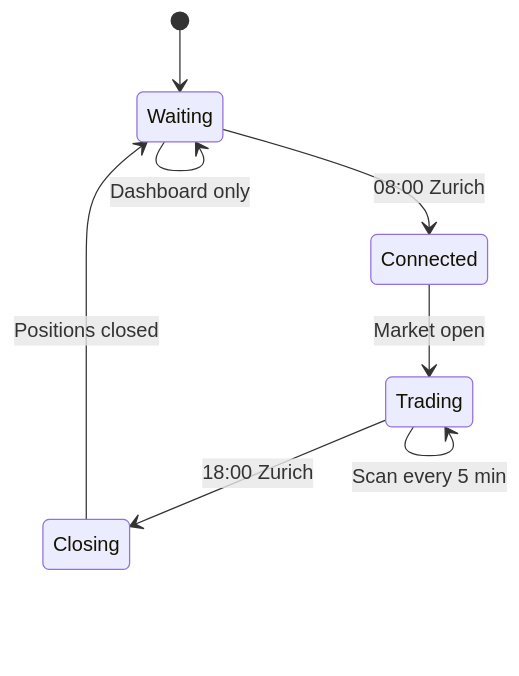
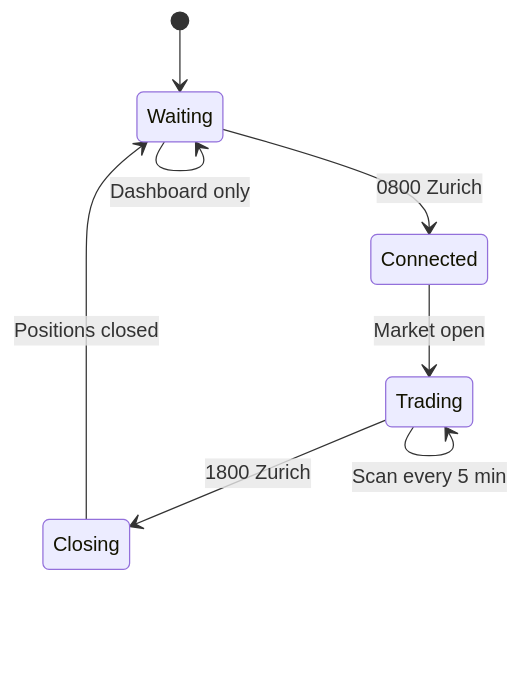
Before and after one commit to grodcas/tradebot: the third of 3 diagrams in docs/STRUCTURE.md, drawn with Mermaid. The commit also changed 1 other file, not shown here.

Commit message:
Fix state diagram colons in time labels (08:00 -> 0800)
Mermaid v11.12.2 treats : in state transition labels as a
second separator, breaking the parser.

````diff
--- a/docs/STRUCTURE.md
+++ b/docs/STRUCTURE.md
@@ -87,10 +87,10 @@
 ```mermaid
 stateDiagram-v2
     [*] --> Waiting
-    Waiting --> Connected : 08:00 Zurich
+    Waiting --> Connected : 0800 Zurich
     Connected --> Trading : Market open
     Trading --> Trading : Scan every 5 min
-    Trading --> Closing : 18:00 Zurich
+    Trading --> Closing : 1800 Zurich
     Closing --> Waiting : Positions closed
     Waiting --> Waiting : Dashboard only
 ```
````
